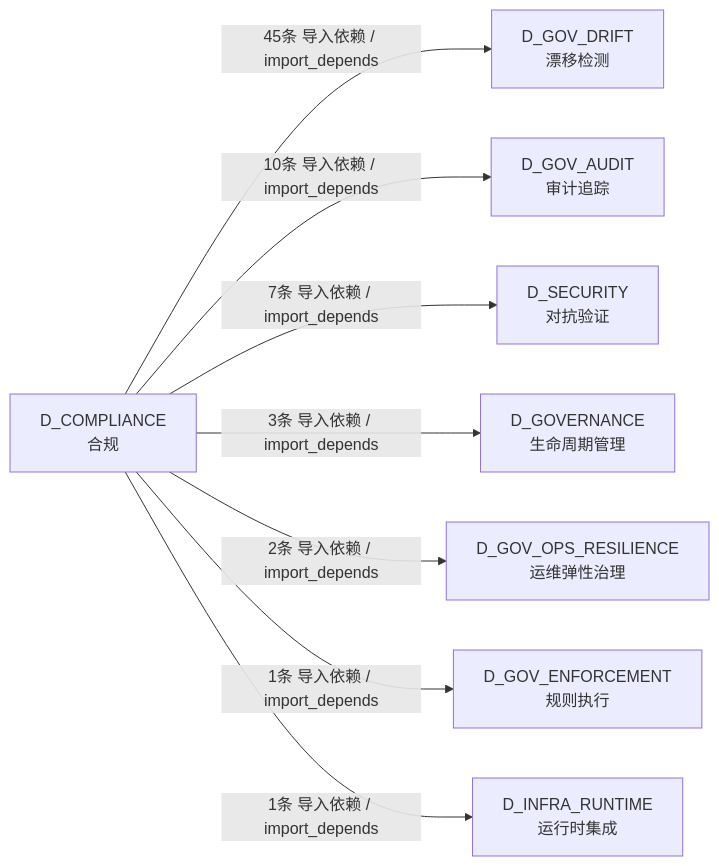
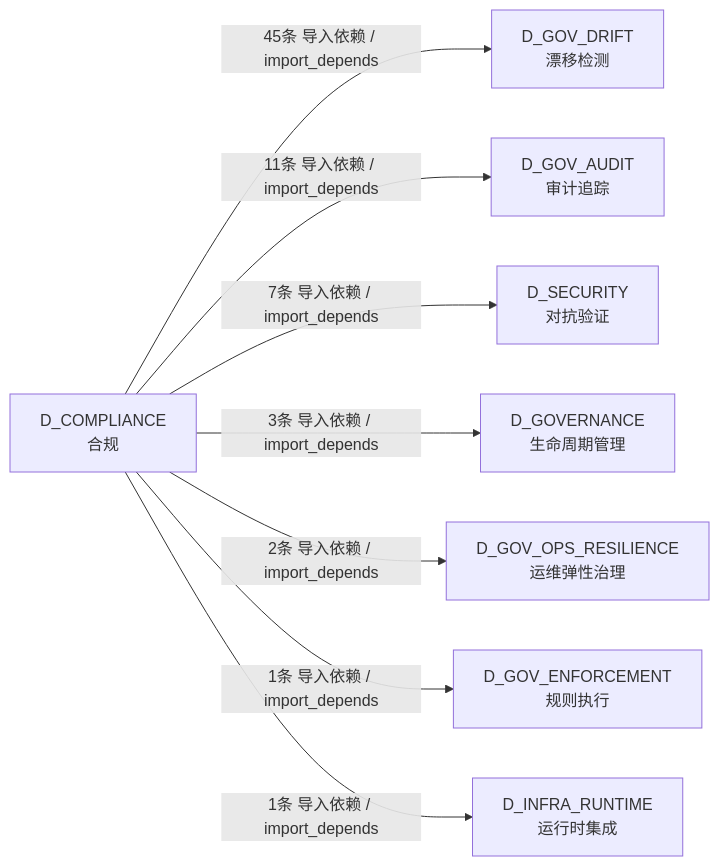
Before and after one commit to xuanFelixVan/ZephyrAlpha: the third of 3 diagrams in docs/02_enterprise_architecture/02_domain_architecture_docs/60_d_compliance.md, drawn with Mermaid. The commit also changed other lines of this file and 126 other files, not shown here.

````diff
--- a/docs/02_enterprise_architecture/02_domain_architecture_docs/60_d_compliance.md
+++ b/docs/02_enterprise_architecture/02_domain_architecture_docs/60_d_compliance.md
@@ -301,18 +300,18 @@
 ```mermaid
 graph LR
     D_COMPLIANCE["D_COMPLIANCE<br/>合规"]
     D_GOV_DRIFT["D_GOV_DRIFT<br/>漂移检测"]
     D_GOV_AUDIT["D_GOV_AUDIT<br/>审计追踪"]
     D_SECURITY["D_SECURITY<br/>对抗验证"]
     D_GOVERNANCE["D_GOVERNANCE<br/>生命周期管理"]
     D_GOV_OPS_RESILIENCE["D_GOV_OPS_RESILIENCE<br/>运维弹性治理"]
     D_GOV_ENFORCEMENT["D_GOV_ENFORCEMENT<br/>规则执行"]
     D_INFRA_RUNTIME["D_INFRA_RUNTIME<br/>运行时集成"]
     D_COMPLIANCE -->|45条 导入依赖 / import_depends| D_GOV_DRIFT
-    D_COMPLIANCE -->|10条 导入依赖 / import_depends| D_GOV_AUDIT
+    D_COMPLIANCE -->|11条 导入依赖 / import_depends| D_GOV_AUDIT
     D_COMPLIANCE -->|7条 导入依赖 / import_depends| D_SECURITY
     D_COMPLIANCE -->|3条 导入依赖 / import_depends| D_GOVERNANCE
     D_COMPLIANCE -->|2条 导入依赖 / import_depends| D_GOV_OPS_RESILIENCE
     D_COMPLIANCE -->|1条 导入依赖 / import_depends| D_GOV_ENFORCEMENT
     D_COMPLIANCE -->|1条 导入依赖 / import_depends| D_INFRA_RUNTIME
 ```
````
